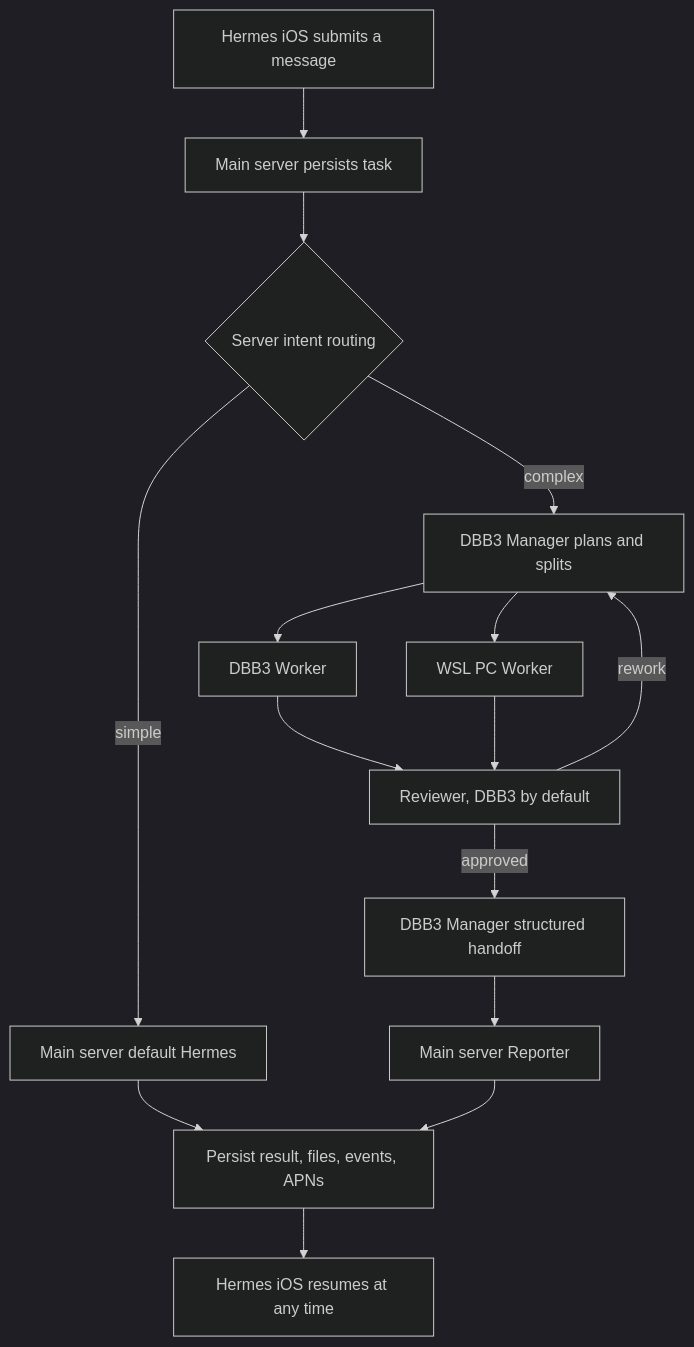
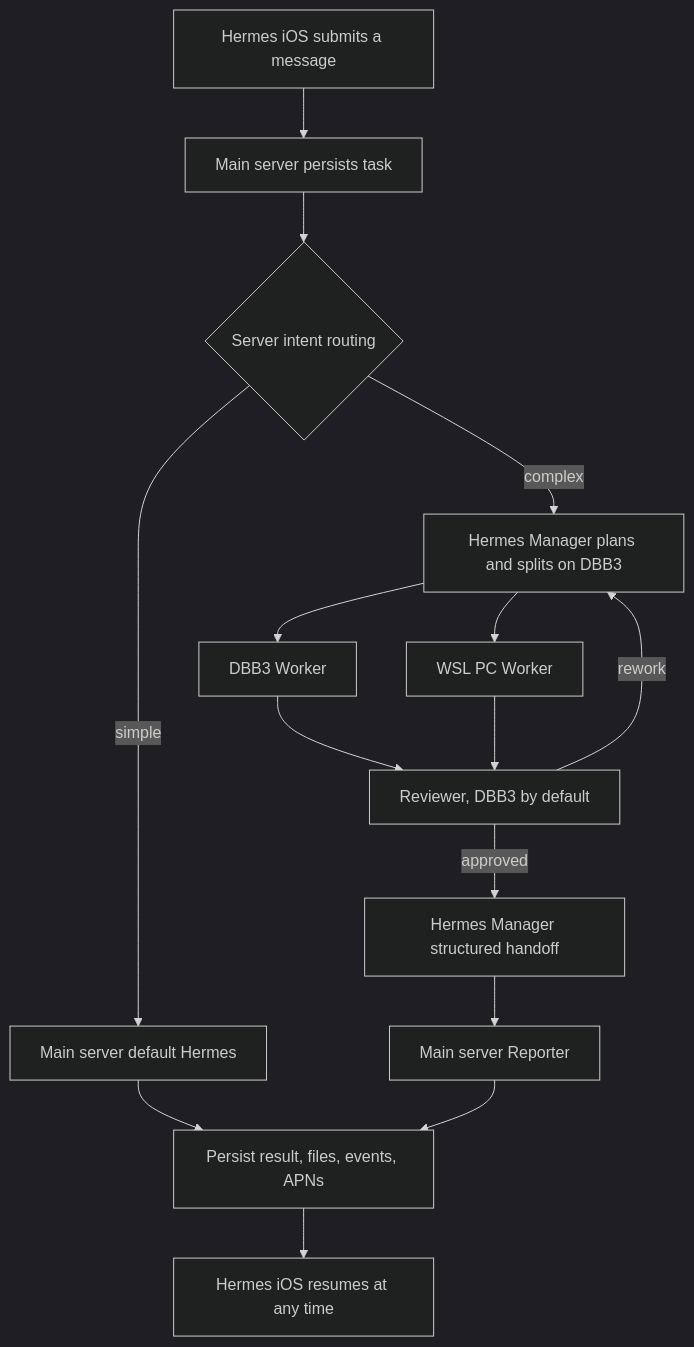
One commit to given33/hermes-agent changed the diagram in docs/architecture/mobile-hosted-collaboration.md. Above: the diagram before and after it, drawn with Mermaid (dark theme). The commit also changed other lines of this file and 3 other files, not shown here.

````diff
--- a/docs/architecture/mobile-hosted-collaboration.md
+++ b/docs/architecture/mobile-hosted-collaboration.md
@@ -18,17 +18,17 @@
 ```mermaid
 flowchart TD
     A["Hermes iOS submits a message"] --> B["Main server persists task"]
     B --> C{"Server intent routing"}
     C -->|simple| D["Main server default Hermes"]
-    C -->|complex| E["DBB3 Manager plans and splits"]
+    C -->|complex| E["Hermes Manager plans and splits on DBB3"]
     E --> F["DBB3 Worker"]
     E --> G["WSL PC Worker"]
     F --> H["Reviewer, DBB3 by default"]
     G --> H
     H -->|rework| E
-    H -->|approved| I["DBB3 Manager structured handoff"]
+    H -->|approved| I["Hermes Manager structured handoff"]
     I --> J["Main server Reporter"]
     D --> K["Persist result, files, events, APNs"]
     J --> K
     K --> L["Hermes iOS resumes at any time"]
 ```
````
